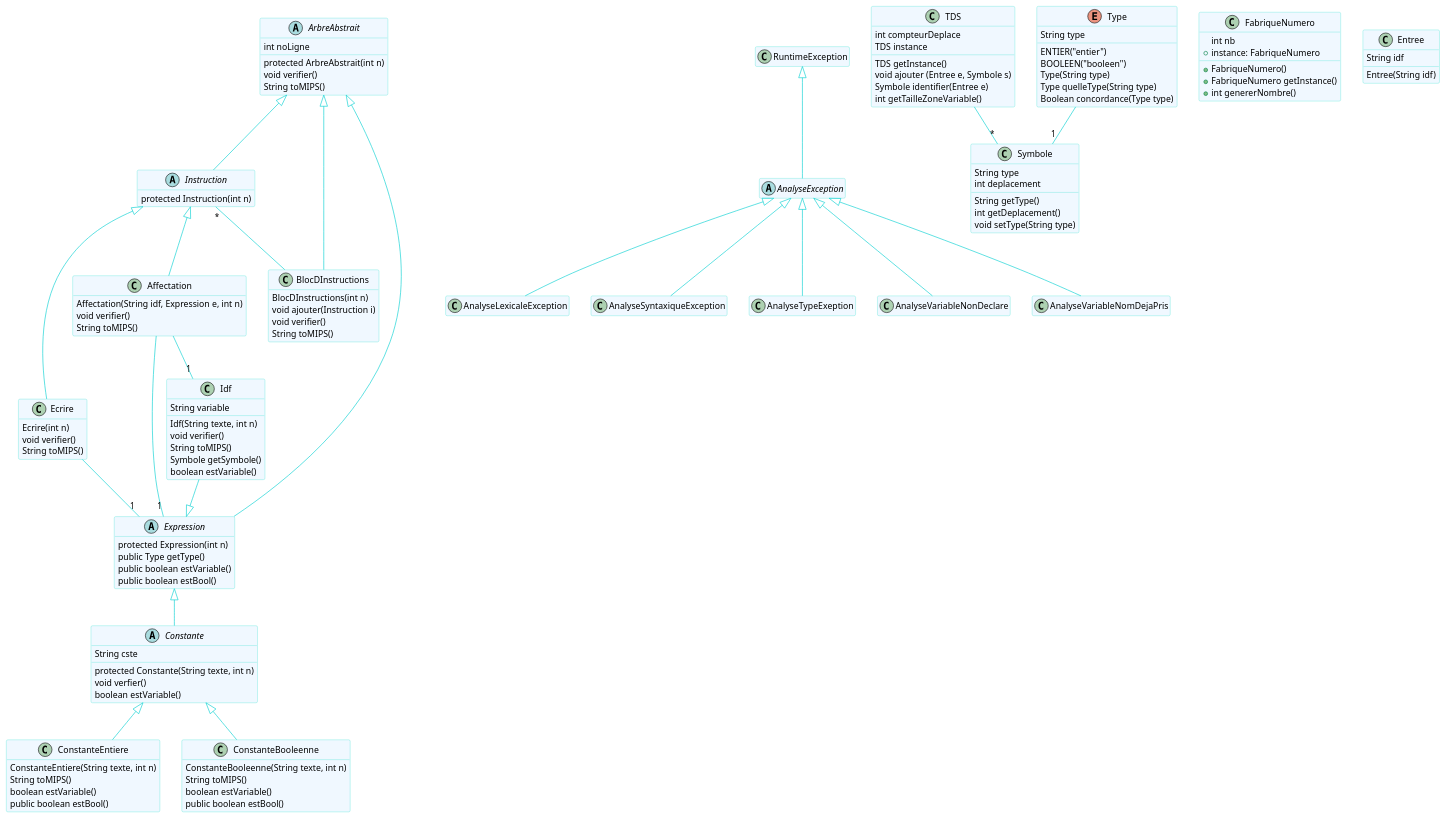
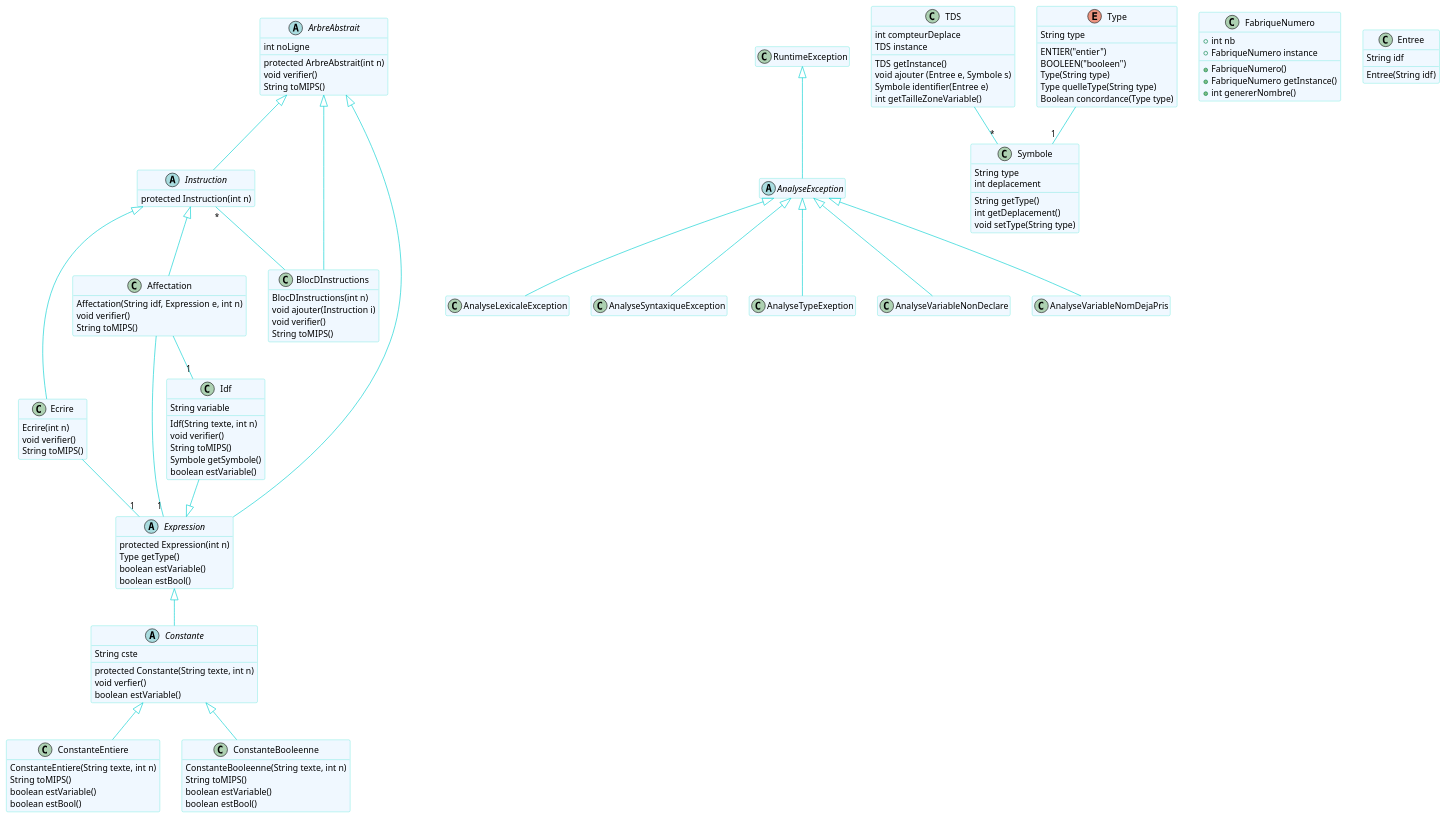
One commit to madisonnoyer54/Zoot changed the diagram in src/uml/diagramme.puml. Above: the diagram before and after it, drawn with PlantUML. The commit also changed 1 other file, not shown here.

Commit message:
mise à jour du diagramme de classe

```diff
--- a/src/uml/diagramme.puml
+++ b/src/uml/diagramme.puml
@@ -1,150 +1,150 @@
 @startuml
 skinparam class {
 BackgroundColor AliceBlue
 ArrowColor DarkTurquoise
 BorderColor Turquoise
 }
 
 skinparam stereotypeCBackgroundColor DarkTurquoise
 skinparam stereotypeIBackgroundColor Magenta
 skinparam stereotypeABackgroundColor Yellow
 
 hide stereotype
 hide empty member
 
 abstract class AnalyseException
 
 AnalyseException -up-|> RuntimeException
 
 AnalyseLexicaleException -up-|> AnalyseException
 AnalyseSyntaxiqueException -up-|> AnalyseException
 AnalyseTypeExeption -up-|> AnalyseException
 AnalyseVariableNonDeclare -up-|> AnalyseException
 AnalyseVariableNomDejaPris -up-|> AnalyseException
 
 abstract class ArbreAbstrait {
    int noLigne
    protected ArbreAbstrait(int n)
    void verifier()
    String toMIPS()
 }
 
 class BlocDInstructions {
    BlocDInstructions(int n)
    void ajouter(Instruction i)
    void verifier()
    String toMIPS()
 }
 
 BlocDInstructions -up-|> ArbreAbstrait
 BlocDInstructions -up- "*" Instruction
 
 abstract class Instruction {
    protected Instruction(int n)
 }
 
 Instruction -up-|> ArbreAbstrait
 class Ecrire {
    Ecrire(int n)
    void verifier()
    String toMIPS()
 }
 
 Ecrire  -up-|> Instruction
 
 abstract class Expression {
    protected Expression(int n)
-   public Type getType()
-   public boolean estVariable()
-   public boolean estBool()
+   Type getType()
+   boolean estVariable()
+   boolean estBool()
 }
 
 Expression  -up-|> ArbreAbstrait
 Ecrire - "1" Expression
 
 abstract class Constante {
    String cste
    protected Constante(String texte, int n)
    void verfier()
    boolean estVariable()
 }
 
 Constante  -up-|> Expression
 
 class ConstanteEntiere {
    ConstanteEntiere(String texte, int n)
    String toMIPS()
    boolean estVariable()
-   public boolean estBool()
+   boolean estBool()
 }
 
 class ConstanteBooleenne {
    ConstanteBooleenne(String texte, int n)
    String toMIPS()
    boolean estVariable()
-   public boolean estBool()
+   boolean estBool()
 }
 
 class TDS {
 int compteurDeplace
 TDS instance
 TDS getInstance()
 void ajouter (Entree e, Symbole s)
 Symbole identifier(Entree e)
 int getTailleZoneVariable()
 }
 class FabriqueNumero {
-  int nb
+  +int nb
+  +FabriqueNumero instance
   +FabriqueNumero()
-  +instance: FabriqueNumero
   +FabriqueNumero getInstance()
   +int genererNombre()
 }
 
 class Symbole{
 String type
 int deplacement
 String getType()
 int getDeplacement()
 void setType(String type)
 }
 
 TDS --"*" Symbole
 Type --"1" Symbole
 
 ConstanteEntiere  -up-|> Constante
 ConstanteBooleenne  -up-|> Constante
 
 enum Type{
 ENTIER("entier")
 BOOLEEN("booleen")
 String type
 Type(String type)
 Type quelleType(String type)
 Boolean concordance(Type type)
 }
 
 class Entree{
 String idf
 Entree(String idf)
 }
 
 class Affectation {
 Affectation(String idf, Expression e, int n)
 void verifier()
 String toMIPS()
 }
 Affectation --"1" Idf
 Affectation --"1" Expression
 Affectation  -up-|> Instruction
 
 class Idf{
 String variable
 Idf(String texte, int n)
 void verifier()
 String toMIPS()
 Symbole getSymbole()
 boolean estVariable()
 }
 Idf --|> Expression
 @enduml
```
